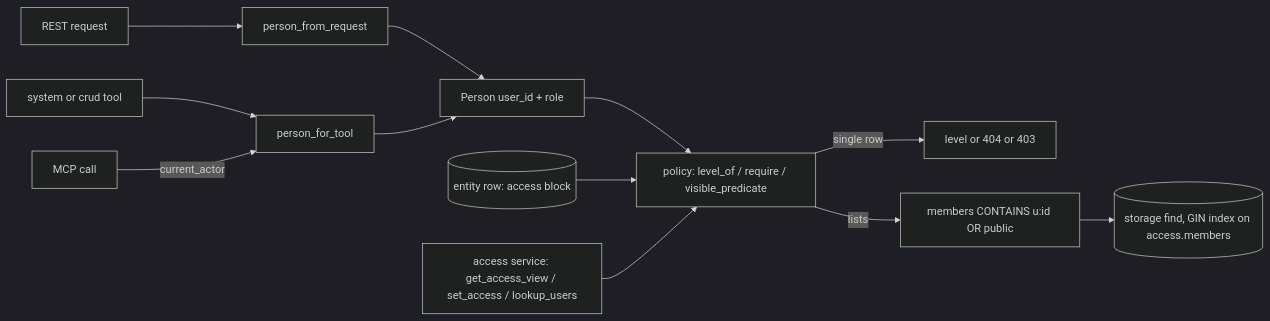
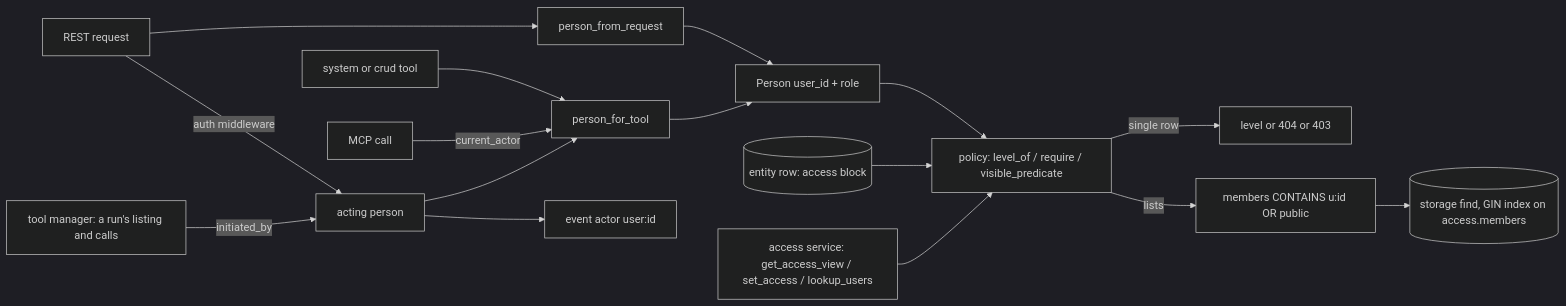
Before and after one commit to primerhq/primer: the diagram in docs/dev/architecture/access-control.md, drawn with Mermaid (dark theme). The commit also changed other lines of this file and 5 other files, not shown here.

First line of the commit message:
docs(access): Phase 5 in the docs: the acting person, MCP OAuth per person, the MCP catalogue rule, event attribution (ACL-P5-T7)

````diff
--- a/docs/dev/architecture/access-control.md
+++ b/docs/dev/architecture/access-control.md
@@ -21,14 +21,18 @@
 ```mermaid
 flowchart LR
     req[REST request] --> pr[person_from_request]
+    req -->|auth middleware| acting[acting person]
+    run[tool manager: a run's listing and calls] -->|initiated_by| acting
     tool[system or crud tool] --> pt[person_for_tool]
+    acting --> pt
     mcp[MCP call] -->|current_actor| pt
+    acting --> ev[event actor user:id]
     pr --> person[Person user_id + role]
     pt --> person
     person --> pol[policy: level_of / require / visible_predicate]
     row[(entity row: access block)] --> pol
     pol -->|single row| verdict[level or 404 or 403]
     pol -->|lists| pred[members CONTAINS u:id OR public]
     pred --> store[(storage find, GIN index on access.members)]
     svc[access service: get_access_view / set_access / lookup_users] --> pol
 ```
````
